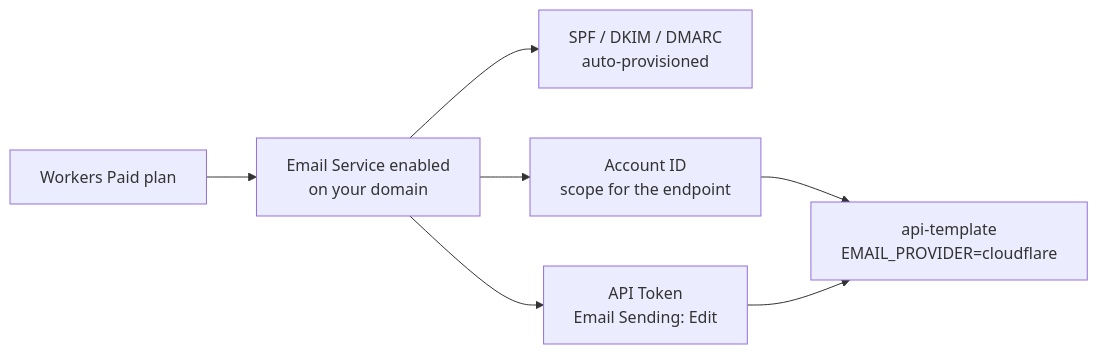
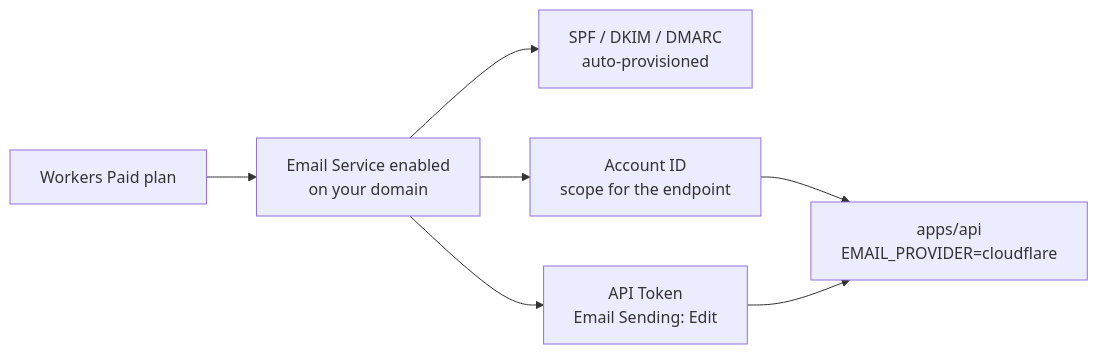
The diagram in apps/docs/src/content/docs/runbooks/cloudflare-email-setup.mdx (boringstack-xyz/boringstack), drawn with Mermaid before and after one commit. The commit also changed other lines of this file and 122 other files, not shown here.

First line of the commit message:
refactor: update references from api-template to boringstack-api and ui-template to apps/ui

````diff
--- a/apps/docs/src/content/docs/runbooks/cloudflare-email-setup.mdx
+++ b/apps/docs/src/content/docs/runbooks/cloudflare-email-setup.mdx
@@ -37,12 +37,12 @@
 ```mermaid
 flowchart LR
   paid["Workers Paid plan"]
   domain["Email Service enabled<br/>on your domain"]
   dns["SPF / DKIM / DMARC<br/>auto-provisioned"]
   acct["Account ID<br/>scope for the endpoint"]
   token["API Token<br/>Email Sending: Edit"]
-  api["api-template<br/>EMAIL_PROVIDER=cloudflare"]
+  api["apps/api<br/>EMAIL_PROVIDER=cloudflare"]
   paid --> domain --> dns
   domain --> acct --> api
   domain --> token --> api
 ```
````
